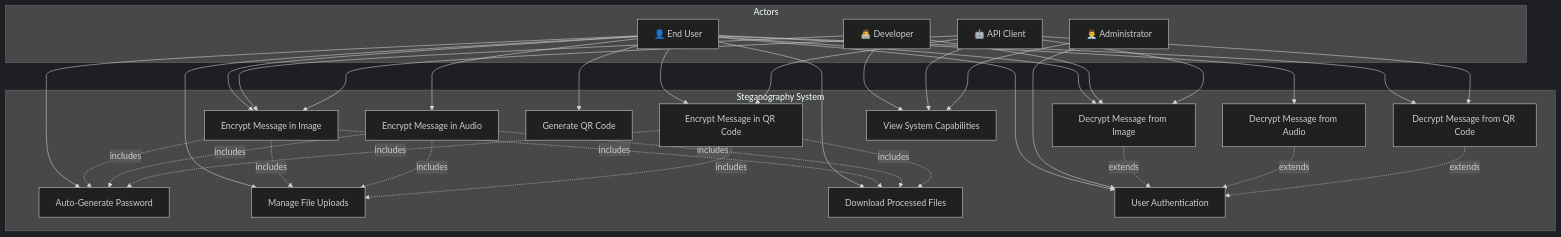
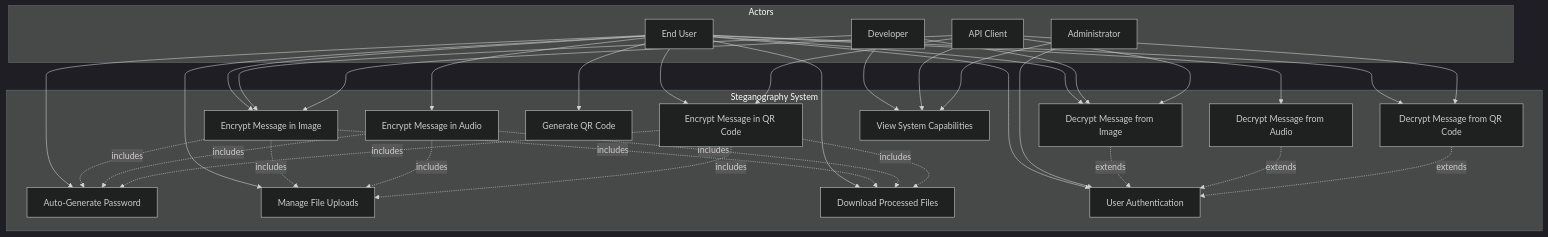
One commit to Aya2nusairat7/steganotool-enhanced changed the first of 16 diagrams in docs/comprehensive_uml_diagrams.md. Above: the diagram before and after it, drawn with Mermaid (dark theme). The commit also changed other lines of this file, not shown here.

Commit message:
Add UML documentation with Mermaid diagrams

````diff
--- a/docs/comprehensive_uml_diagrams.md
+++ b/docs/comprehensive_uml_diagrams.md
@@ -9,69 +9,69 @@
 ```mermaid
 graph TB
     subgraph "Steganography System"
         UC1[Encrypt Message in Image]
         UC2[Decrypt Message from Image]
         UC3[Encrypt Message in Audio]
         UC4[Decrypt Message from Audio]
         UC5[Generate QR Code]
         UC6[Encrypt Message in QR Code]
         UC7[Decrypt Message from QR Code]
         UC8[Auto-Generate Password]
         UC9[Manage File Uploads]
         UC10[Download Processed Files]
         UC11[User Authentication]
         UC12[View System Capabilities]
     end
     
     subgraph "Actors"
-        User[👤 End User]
-        Developer[👨‍💻 Developer]
-        Admin[👨‍💼 Administrator]
-        APIClient[🤖 API Client]
+        User[End User]
+        Developer[Developer]
+        Admin[Administrator]
+        APIClient[API Client]
     end
     
     %% User interactions
     User --> UC1
     User --> UC2
     User --> UC3
     User --> UC4
     User --> UC5
     User --> UC6
     User --> UC7
     User --> UC8
     User --> UC9
     User --> UC10
     User --> UC11
     
     %% Developer interactions
     Developer --> UC12
     Developer --> UC1
     Developer --> UC2
     
     %% API Client interactions
     APIClient --> UC1
     APIClient --> UC2
     APIClient --> UC6
     APIClient --> UC7
     APIClient --> UC12
     
     %% Admin interactions
     Admin --> UC11
     Admin --> UC12
     
     %% Include relationships
     UC1 -.->|includes| UC8
     UC3 -.->|includes| UC8
     UC6 -.->|includes| UC8
     UC1 -.->|includes| UC9
     UC3 -.->|includes| UC9
     UC6 -.->|includes| UC9
     UC1 -.->|includes| UC10
     UC3 -.->|includes| UC10
     UC6 -.->|includes| UC10
     
     %% Extend relationships
     UC2 -.->|extends| UC11
     UC4 -.->|extends| UC11
     UC7 -.->|extends| UC11
 ```
````
